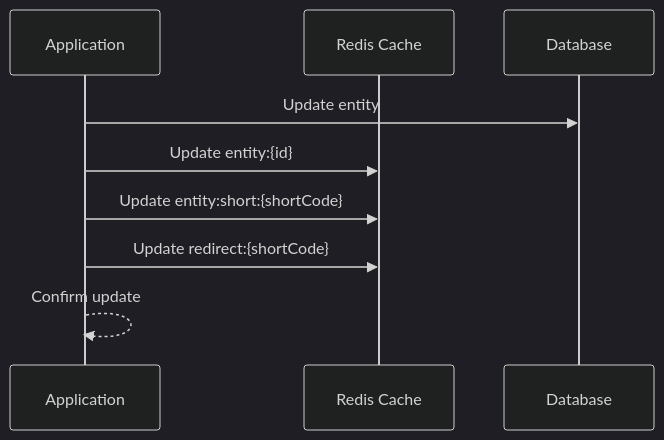
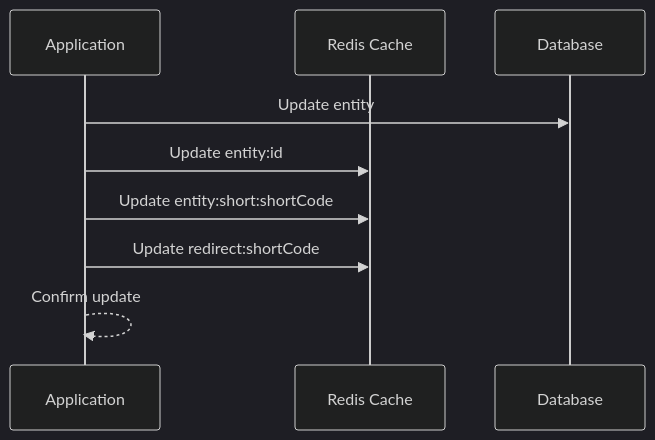
Before and after one commit to kufa-dev-team/url_shortener: the third of 3 diagrams in docs-site/docs/caching/patterns.md, drawn with Mermaid (dark theme). The commit also changed other lines of this file and 26 other files, not shown here.

````diff
--- a/docs-site/docs/caching/patterns.md
+++ b/docs-site/docs/caching/patterns.md
@@ -108,12 +108,12 @@
 ```mermaid
 sequenceDiagram
     participant App as Application
     participant Cache as Redis Cache
     participant DB as Database
 
     App->>DB: Update entity
-    App->>Cache: Update entity:{id}
-    App->>Cache: Update entity:short:{shortCode}
-    App->>Cache: Update redirect:{shortCode}
+    App->>Cache: Update entity:id
+    App->>Cache: Update entity:short:shortCode
+    App->>Cache: Update redirect:shortCode
     App-->>App: Confirm update
 ```
````
